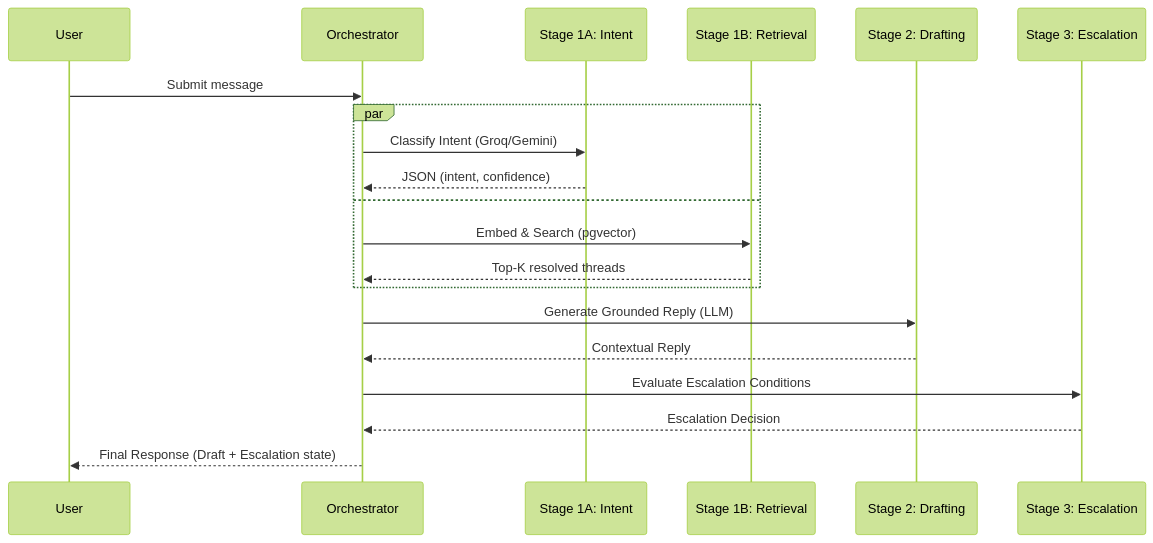
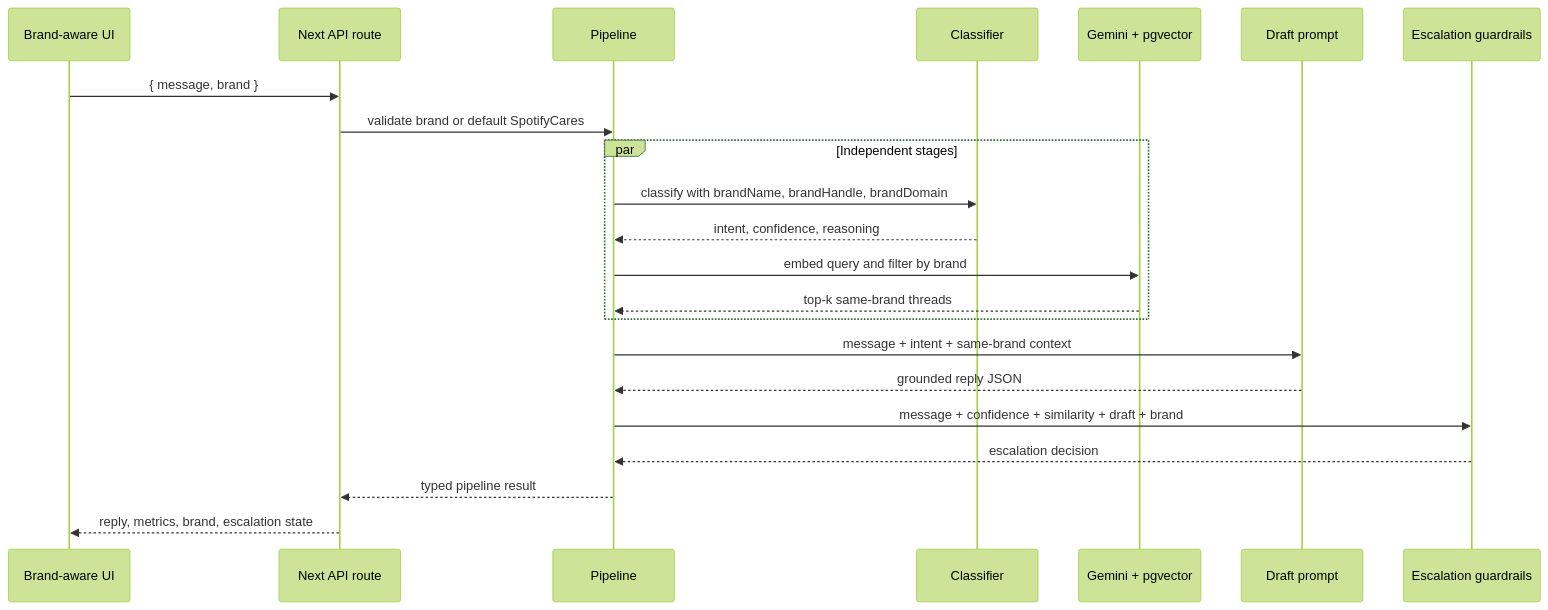
The second of 4 diagrams in Architecture.md (AdrishKarak/support-agent), drawn with Mermaid (forest theme) before and after one commit. The commit also changed other lines of this file and 21 other files, not shown here.

````diff
--- a/Architecture.md
+++ b/Architecture.md
@@ -53,23 +22,25 @@
 ```mermaid
 sequenceDiagram
-    participant User
-    participant Orch as Orchestrator
-    participant Intent as Stage 1A: Intent
-    participant Vector as Stage 1B: Retrieval
-    participant Draft as Stage 2: Drafting
-    participant Escalate as Stage 3: Escalation
+    participant UI as Brand-aware UI
+    participant API as Next API route
+    participant P as Pipeline
+    participant C as Classifier
+    participant R as Gemini + pgvector
+    participant D as Draft prompt
+    participant E as Escalation guardrails
 
-    User->>Orch: Submit message
-    par 
-        Orch->>Intent: Classify Intent (Groq/Gemini)
-        Intent-->>Orch: JSON (intent, confidence)
-    and
-        Orch->>Vector: Embed & Search (pgvector)
-        Vector-->>Orch: Top-K resolved threads
+    UI->>API: { message, brand }
+    API->>P: validate brand or default SpotifyCares
+    par Independent stages
+        P->>C: classify with brandName, brandHandle, brandDomain
+        C-->>P: intent, confidence, reasoning
+        P->>R: embed query and filter by brand
+        R-->>P: top-k same-brand threads
     end
-    Orch->>Draft: Generate Grounded Reply (LLM)
-    Draft-->>Orch: Contextual Reply
-    Orch->>Escalate: Evaluate Escalation Conditions
-    Escalate-->>Orch: Escalation Decision
-    Orch-->>User: Final Response (Draft + Escalation state)
+    P->>D: message + intent + same-brand context
+    D-->>P: grounded reply JSON
+    P->>E: message + confidence + similarity + draft + brand
+    E-->>P: escalation decision
+    P-->>API: typed pipeline result
+    API-->>UI: reply, metrics, brand, escalation state
 ```
````
